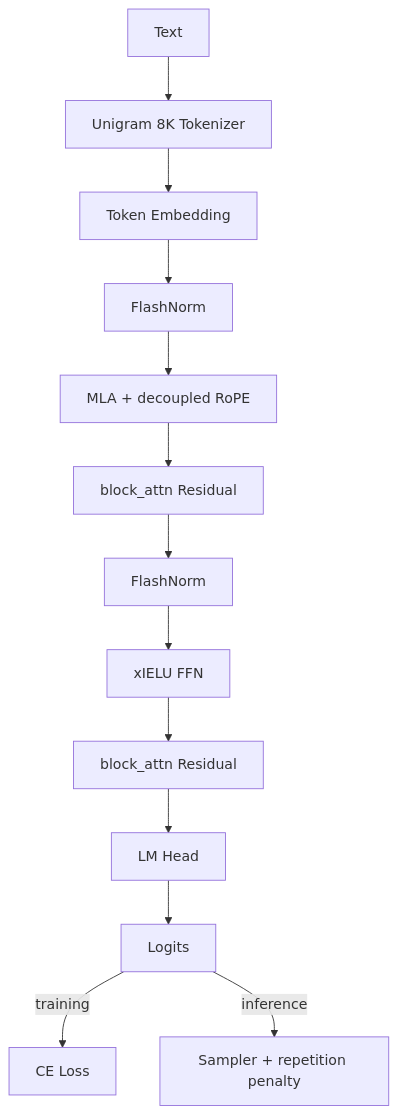
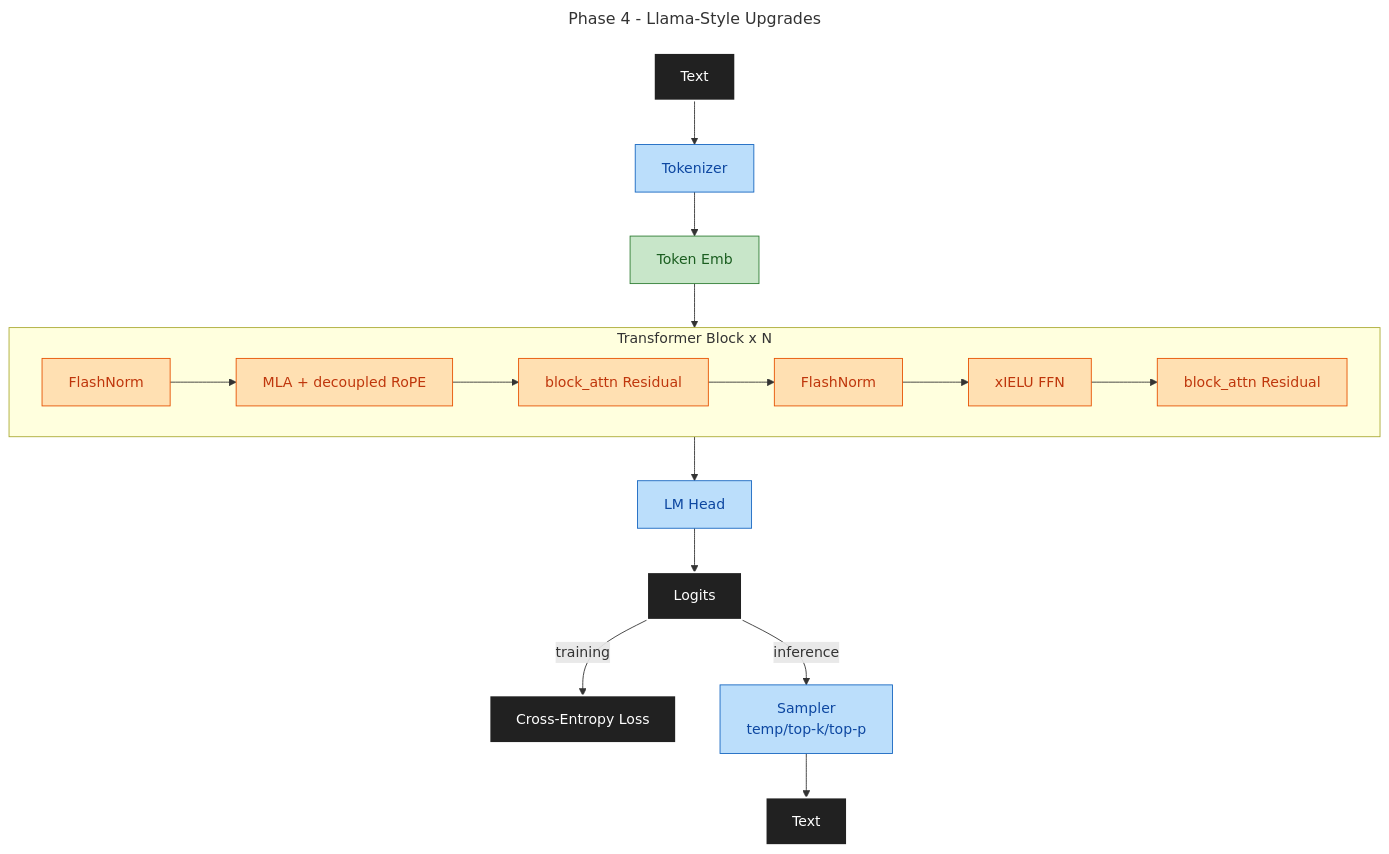
One commit to maxjbarfuss/max_llm changed the third of 7 diagrams in docs/DESIGN.md. Above: the diagram before and after it, drawn with Mermaid. The commit also changed other lines of this file and 1 other file, not shown here.

Commit message:
Phase 4.14: restore phased architecture diagrams and README diagram

````diff
--- a/docs/DESIGN.md
+++ b/docs/DESIGN.md
@@ -32,13 +64,18 @@
 ```mermaid
+---
+title: Phase 4 - Llama-Style Upgrades
+---
 graph TD
-    A[Text] --> B[Unigram 8K Tokenizer] --> C[Token Embedding] --> D[FlashNorm]
-    D --> E[MLA + decoupled RoPE]
-    E --> F[block_attn Residual]
-    F --> G[FlashNorm]
-    G --> H[xIELU FFN]
-    H --> I[block_attn Residual]
-    I --> J[LM Head]
-    J --> K[Logits]
-    K -->|training| L[CE Loss]
-    K -->|inference| M[Sampler + repetition penalty]
+    A[Text]:::io --> B[Tokenizer]:::p3 --> C[Token Emb]:::p2 --> Block
+    subgraph Block[Transformer Block x N]
+        direction LR
+        D[FlashNorm]:::p4 --> E[MLA + decoupled RoPE]:::p4 --> F[block_attn Residual]:::p4 --> G[FlashNorm]:::p4 --> H[xIELU FFN]:::p4 --> I[block_attn Residual]:::p4
+    end
+    Block --> J[LM Head]:::p3 --> K[Logits]:::io
+    K -->|training| L[Cross-Entropy Loss]:::io
+    K -->|inference| M[Sampler<br/>temp/top-k/top-p]:::p3 --> N[Text]:::io
+    classDef io fill:#212121,stroke:#FFFFFF,color:#FFFFFF,stroke-width:2px
+    classDef p2 fill:#C8E6C9,stroke:#2E7D32,color:#1B5E20
+    classDef p3 fill:#BBDEFB,stroke:#1565C0,color:#0D47A1
+    classDef p4 fill:#FFE0B2,stroke:#E65100,color:#BF360C
 ```
````
